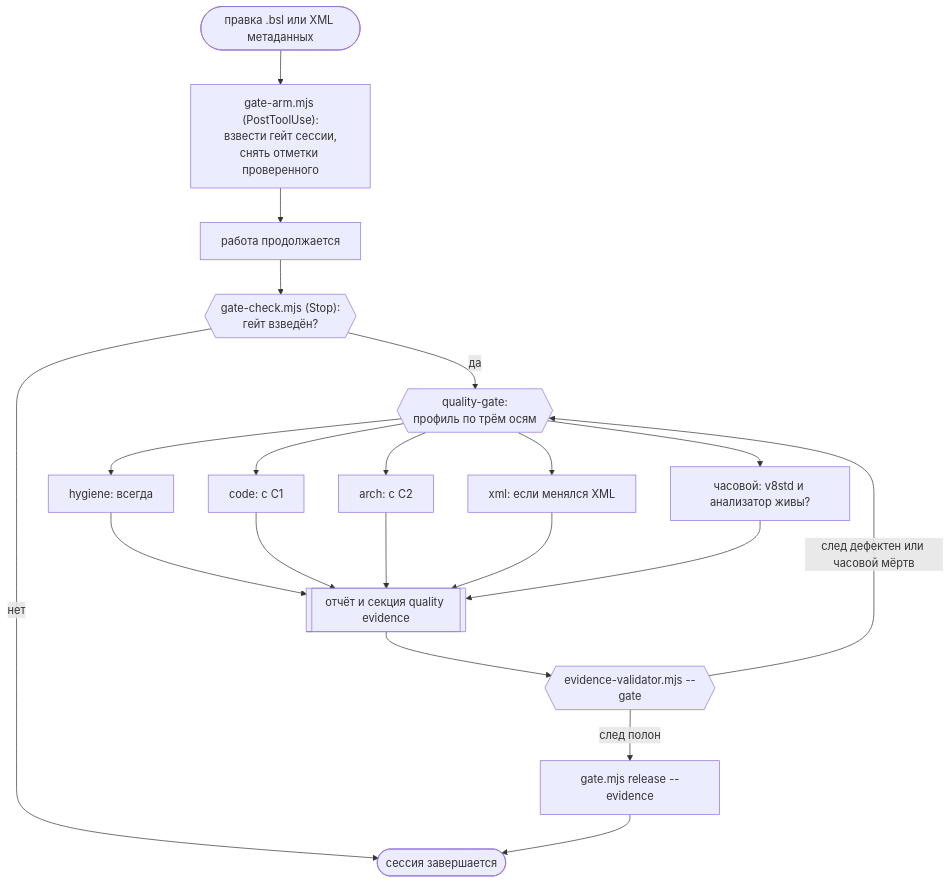
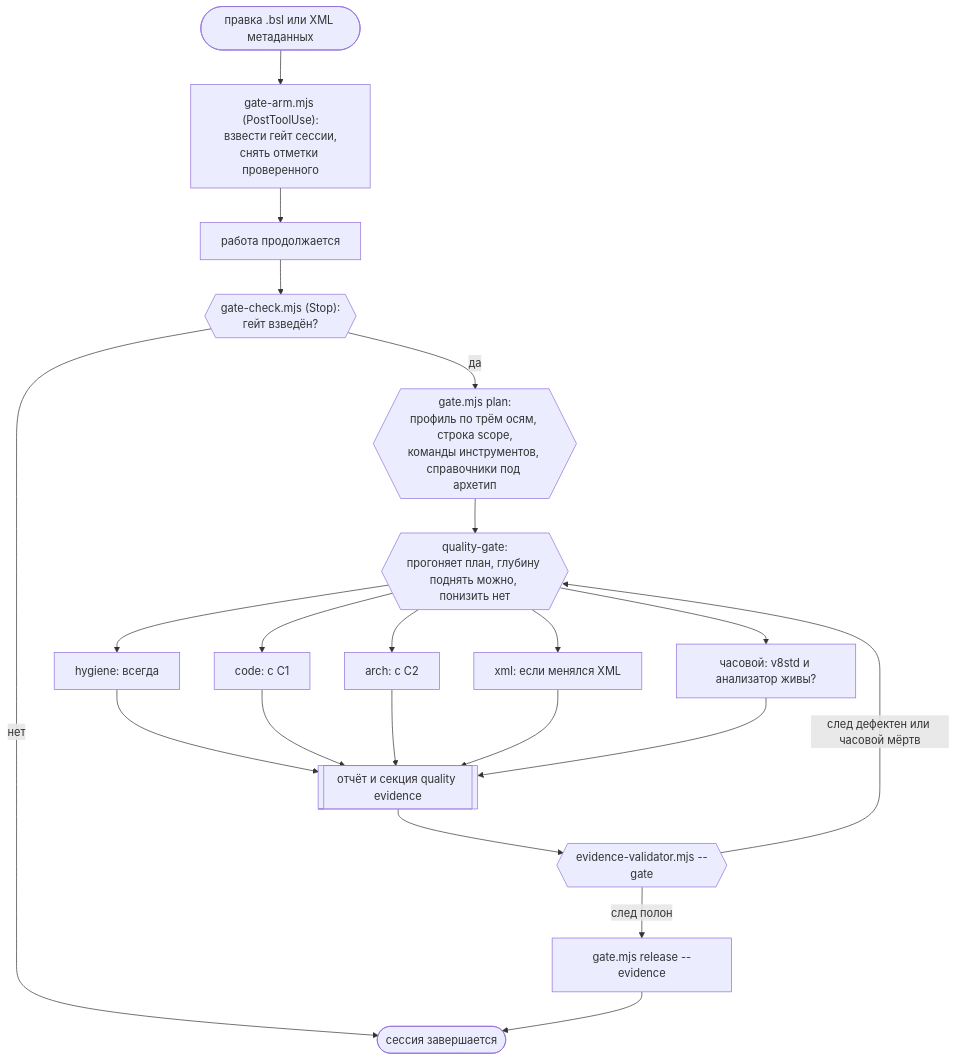
Before and after one commit to Romandredan/1c-quality-gate: the diagram in README.md, drawn with Mermaid. The commit also changed other lines of this file and 9 other files, not shown here.

````diff
--- a/README.md
+++ b/README.md
@@ -381,22 +403,23 @@
 ```mermaid
 flowchart TD
     EDIT([правка .bsl или XML метаданных]) --> ARM["gate-arm.mjs (PostToolUse):<br/>взвести гейт сессии,<br/>снять отметки проверенного"]
     ARM --> WORK[работа продолжается]
     WORK --> STOP{{"gate-check.mjs (Stop):<br/>гейт взведён?"}}
     STOP -->|нет| DONE([сессия завершается])
-    STOP -->|да| ORCH{{"quality-gate:<br/>профиль по трём осям"}}
+    STOP -->|да| PLAN{{"gate.mjs plan:<br/>профиль по трём осям, строка scope,<br/>команды инструментов, справочники под архетип"}}
+    PLAN --> ORCH{{"quality-gate:<br/>прогоняет план, глубину поднять можно, понизить нет"}}
     ORCH --> HYG["hygiene: всегда"]
     ORCH --> CODE["code: с C1"]
     ORCH --> ARCH["arch: с C2"]
     ORCH --> XML["xml: если менялся XML"]
     ORCH --> SENT["часовой: v8std и анализатор живы?"]
     HYG --> EV[["отчёт и секция quality evidence"]]
     CODE --> EV
     ARCH --> EV
     XML --> EV
     SENT --> EV
     EV --> VAL{{"evidence-validator.mjs --gate"}}
     VAL -->|"след дефектен или часовой мёртв"| ORCH
     VAL -->|след полон| REL["gate.mjs release --evidence"]
     REL --> DONE
 ```
````
